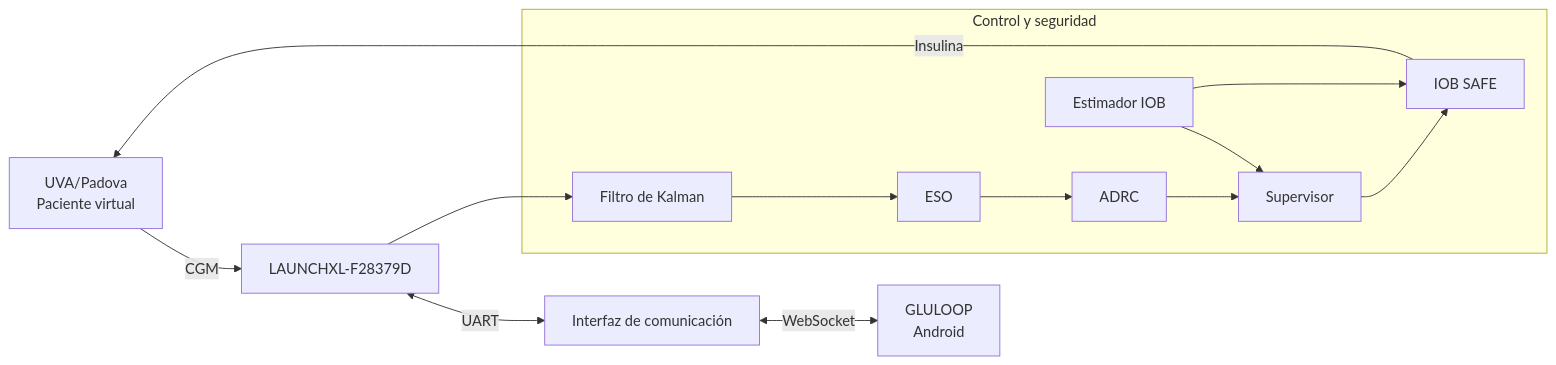
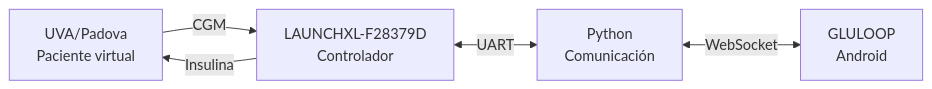
Before and after one commit to leo09p/GLULOOP-HIL: the diagram in README.md, drawn with Mermaid. The commit also changed other lines of this file, not shown here.

First line of the commit message:
Revise project overview and architecture in README.md

````diff
--- a/README.md
+++ b/README.md
@@ -52,26 +35,17 @@
 ```mermaid
 flowchart LR
-    A["UVA/Padova<br/>Paciente virtual"] -->|"CGM"| B["LAUNCHXL-F28379D"]
 
-    subgraph CONTROL["Control y seguridad"]
-        C["Filtro de Kalman"]
-        D["ESO"]
-        E["ADRC"]
-        F["Supervisor"]
-        G["IOB SAFE"]
-        H["Estimador IOB"]
+    UVA["UVA/Padova<br/>Paciente virtual"]
 
-        C --> D
-        D --> E
-        E --> F
-        F --> G
-        H --> F
-        H --> G
-    end
+    HW["LAUNCHXL-F28379D<br/>Controlador"]
 
-    B --> C
-    G -->|"Insulina"| A
+    PY["Python<br/>Comunicación"]
 
-    B <-->|"UART"| I["Interfaz de comunicación"]
-    I <-->|"WebSocket"| J["GLULOOP<br/>Android"]
+    APP["GLULOOP<br/>Android"]
+
+    UVA -->|"CGM"| HW
+    HW -->|"Insulina"| UVA
+
+    HW <-->|"UART"| PY
+    PY <-->|"WebSocket"| APP
 ```
````
